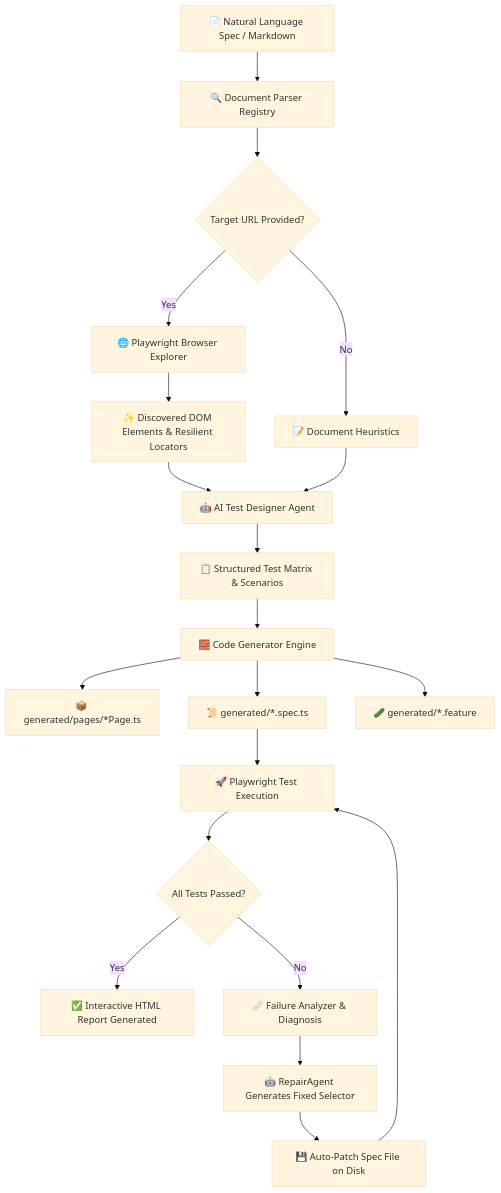
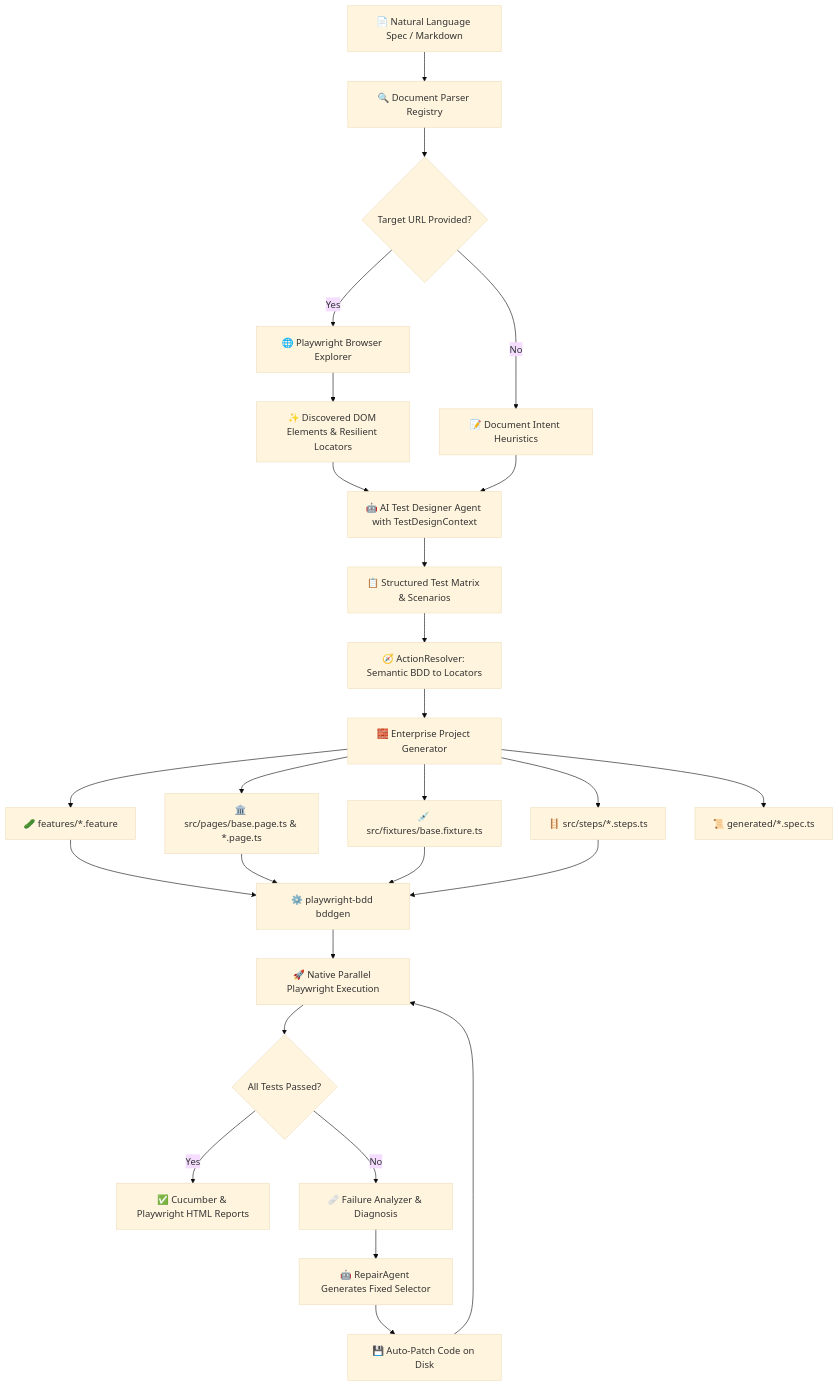
The diagram in README.md (skeithnight/karsa-sentinel), drawn with Mermaid (base theme) before and after one commit. The commit also changed other lines of this file and 36 other files, not shown here.

Commit message:
feat: implement action resolver and page object generators to support automated BDD-to-Playwright workflow

````diff
--- a/README.md
+++ b/README.md
@@ -98,22 +109,26 @@
 ```mermaid
 flowchart TD
     A[📄 Natural Language Spec / Markdown] --> B[🔍 Document Parser Registry]
     B --> C{Target URL Provided?}
     C -- Yes --> D[🌐 Playwright Browser Explorer]
     D --> E[✨ Discovered DOM Elements & Resilient Locators]
-    C -- No --> F[📝 Document Heuristics]
-    E --> G[🤖 AI Test Designer Agent]
+    C -- No --> F[📝 Document Intent Heuristics]
+    E --> G[🤖 AI Test Designer Agent with TestDesignContext]
     F --> G
     G --> H[📋 Structured Test Matrix & Scenarios]
-    H --> I[🧱 Code Generator Engine]
-    I --> J[📦 generated/pages/*Page.ts]
-    I --> K[📜 generated/*.spec.ts]
-    I --> L[🥒 generated/*.feature]
-    K --> M[🚀 Playwright Test Execution]
-    M --> N{All Tests Passed?}
-    N -- Yes --> O[✅ Interactive HTML Report Generated]
-    N -- No --> P[🩹 Failure Analyzer & Diagnosis]
-    P --> Q[🤖 RepairAgent Generates Fixed Selector]
-    Q --> R[💾 Auto-Patch Spec File on Disk]
-    R --> M
+    H --> I[🧭 ActionResolver: Semantic BDD to Locators]
+    I --> J[🧱 Enterprise Project Generator]
+    J --> K[🥒 features/*.feature]
+    J --> L[🏛️ src/pages/base.page.ts & *.page.ts]
+    J --> M[💉 src/fixtures/base.fixture.ts]
+    J --> N[🪜 src/steps/*.steps.ts]
+    J --> O[📜 generated/*.spec.ts]
+    K & L & M & N --> P[⚙️ playwright-bdd bddgen]
+    P --> Q[🚀 Native Parallel Playwright Execution]
+    Q --> R{All Tests Passed?}
+    R -- Yes --> S[✅ Cucumber & Playwright HTML Reports]
+    R -- No --> T[🩹 Failure Analyzer & Diagnosis]
+    T --> U[🤖 RepairAgent Generates Fixed Selector]
+    U --> V[💾 Auto-Patch Code on Disk]
+    V --> Q
 ```
````
